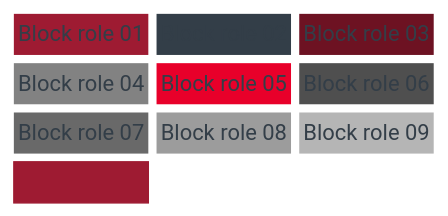
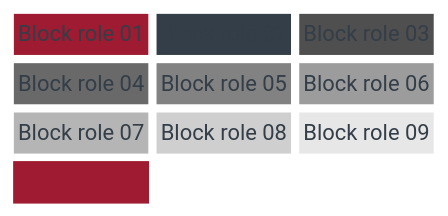
Before and after one commit to gvillarroel/skills: the diagram in skills/mermaid/assets/examples/mermaid-max-complexity/source/colorset1/block.mmd, drawn with Mermaid. The commit also changed 428 other files, not shown here.

```diff
--- a/skills/mermaid/assets/examples/mermaid-max-complexity/source/colorset1/block.mmd
+++ b/skills/mermaid/assets/examples/mermaid-max-complexity/source/colorset1/block.mmd
@@ -1,63 +1,63 @@
 ---
 # mermaid: config begin
 config:
   theme: "base"
   themeVariables:
     background: "#ffffff"
     primaryColor: "#9e1b32"
     primaryTextColor: "#ffffff"
     primaryBorderColor: "#9e1b32"
     secondaryColor: "#333e48"
     secondaryTextColor: "#ffffff"
     secondaryBorderColor: "#333e48"
-    tertiaryColor: "#6d1222"
+    tertiaryColor: "#4f4f4f"
     tertiaryTextColor: "#ffffff"
-    tertiaryBorderColor: "#6d1222"
+    tertiaryBorderColor: "#4f4f4f"
     lineColor: "#696969"
     textColor: "#333e48"
     mainBkg: "#9e1b32"
     nodeBkg: "#9e1b32"
     nodeBorder: "#9e1b32"
     clusterBkg: "#e7e7e7"
     clusterBorder: "#9c9c9c"
     defaultLinkColor: "#696969"
     edgeLabelBackground: "#ffffff"
     labelColor: "#ffffff"
     titleColor: "#333e48"
   themeCSS: ".node > rect, .node > circle, .node > ellipse, .node > polygon, .node > path, rect.actor, .note, .task, .task0, .task1, .task2, .task3 { stroke-width: 0 !important; }"
   block:
     padding: 6
 # mermaid: config end
 # mermaid: metadata begin
 mermaid:
   colorset: "colorset1"
   mode: "standard"
   palette: "basic-red-neutral-style"
 # mermaid: metadata end
 ---
 block
   columns 3
   R01["Block role 01"] R02["Block role 02"] R03["Block role 03"]
   R04["Block role 04"] R05["Block role 05"] R06["Block role 06"]
   R07["Block role 07"] R08["Block role 08"] R09["Block role 09"]
   R01 --> R02 --> R03
   R04 --> R05 --> R06
   R07 --> R08 --> R09
   class R01 csPrimary
   class R02 csAccent
   class R03 csMuted
   class R04 csCritical
   class R05 csWarning
   class R06 csSuccess
   class R07 csInfo
   class R08 csSpecial
   class R09 csNeutral
   classDef csPrimary fill:#9e1b32,stroke:none,color:#ffffff,stroke-width:0px;
   classDef csAccent fill:#333e48,stroke:none,color:#ffffff,stroke-width:0px;
-  classDef csMuted fill:#6d1222,stroke:none,color:#ffffff,stroke-width:0px;
-  classDef csCritical fill:#828282,stroke:none,color:#000000,stroke-width:0px;
-  classDef csWarning fill:#e8002a,stroke:none,color:#ffffff,stroke-width:0px;
-  classDef csSuccess fill:#4f4f4f,stroke:none,color:#ffffff,stroke-width:0px;
-  classDef csInfo fill:#696969,stroke:none,color:#ffffff,stroke-width:0px;
-  classDef csSpecial fill:#9c9c9c,stroke:none,color:#000000,stroke-width:0px;
-  classDef csNeutral fill:#b5b5b5,stroke:none,color:#000000,stroke-width:0px;
+  classDef csMuted fill:#4f4f4f,stroke:none,color:#ffffff,stroke-width:0px;
+  classDef csCritical fill:#696969,stroke:none,color:#ffffff,stroke-width:0px;
+  classDef csWarning fill:#828282,stroke:none,color:#000000,stroke-width:0px;
+  classDef csSuccess fill:#9c9c9c,stroke:none,color:#000000,stroke-width:0px;
+  classDef csInfo fill:#b5b5b5,stroke:none,color:#000000,stroke-width:0px;
+  classDef csSpecial fill:#cfcfcf,stroke:none,color:#000000,stroke-width:0px;
+  classDef csNeutral fill:#e7e7e7,stroke:none,color:#000000,stroke-width:0px;
```
